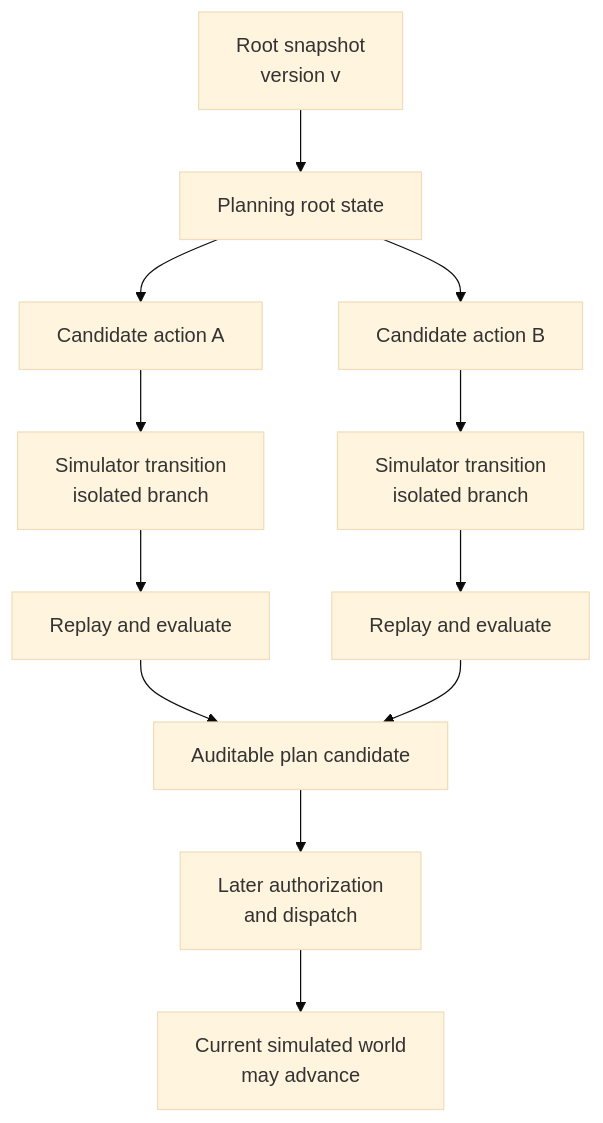
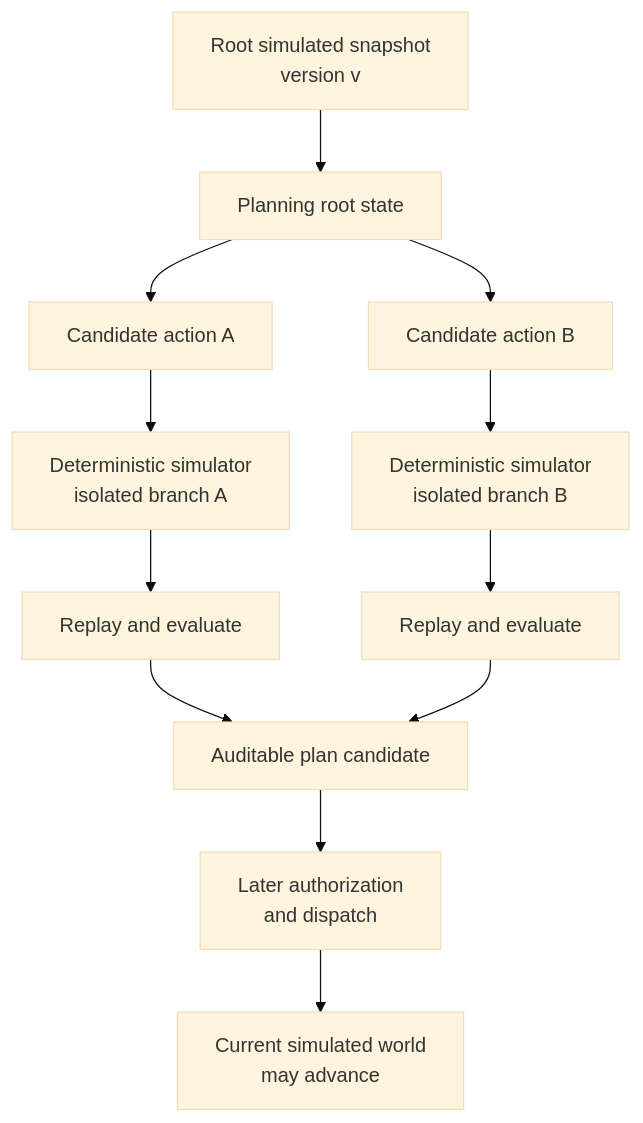
The diagram in Tex/diagrams/source/part3/chapter20/planning-branch-boundary.mmd (hmar000001-boop/coala-fan-lan-langgraph), drawn with Mermaid (base theme) before and after one commit. The commit also changed 8 other files, not shown here.

```diff
--- a/Tex/diagrams/source/part3/chapter20/planning-branch-boundary.mmd
+++ b/Tex/diagrams/source/part3/chapter20/planning-branch-boundary.mmd
@@ -1,16 +1,16 @@
 flowchart TB
-accTitle: Planning branches do not commit to the current simulated world
-accDescr: A versioned root snapshot seeds a planning state. Candidate commands are applied to isolated branch snapshots through the deterministic simulator. Candidate branches are replayed and evaluated. A separate later grounding path changes the current world only after required authorization and dispatch.
+accTitle: Structured simulator rollouts remain isolated planning branches
+accDescr: A versioned root snapshot seeds a planning state. Candidate commands are applied by the deterministic supply-chain simulator to isolated branch snapshots. The rollout is a structured domain transition, not a model-generated imagined outcome and not environmental feedback. Candidate branches are replayed and evaluated; a separate later grounding path may change the current world after the required authorization and dispatch.
 
-    ROOT[Root snapshot<br/>version v]
+    ROOT[Root simulated snapshot<br/>version v]
     ROOT --> S0[Planning root state]
     S0 --> C1[Candidate action A]
     S0 --> C2[Candidate action B]
-    C1 --> SIM1[Simulator transition<br/>isolated branch]
-    C2 --> SIM2[Simulator transition<br/>isolated branch]
+    C1 --> SIM1[Deterministic simulator<br/>isolated branch A]
+    C2 --> SIM2[Deterministic simulator<br/>isolated branch B]
     SIM1 --> E1[Replay and evaluate]
     SIM2 --> E2[Replay and evaluate]
     E1 --> CAND[Auditable plan candidate]
     E2 --> CAND
     CAND --> AUTH[Later authorization<br/>and dispatch]
     AUTH --> WORLD[Current simulated world<br/>may advance]
```
